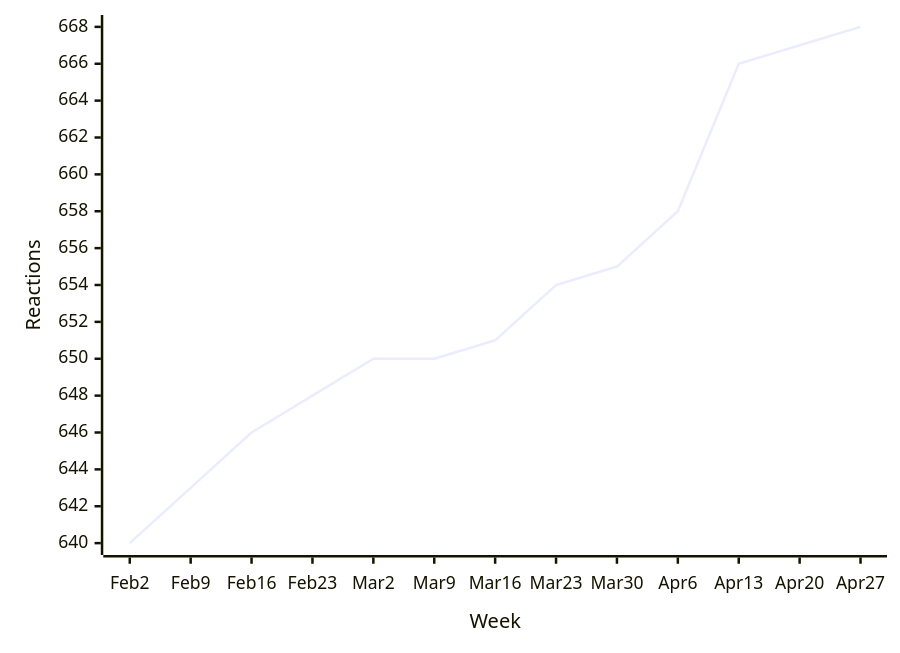
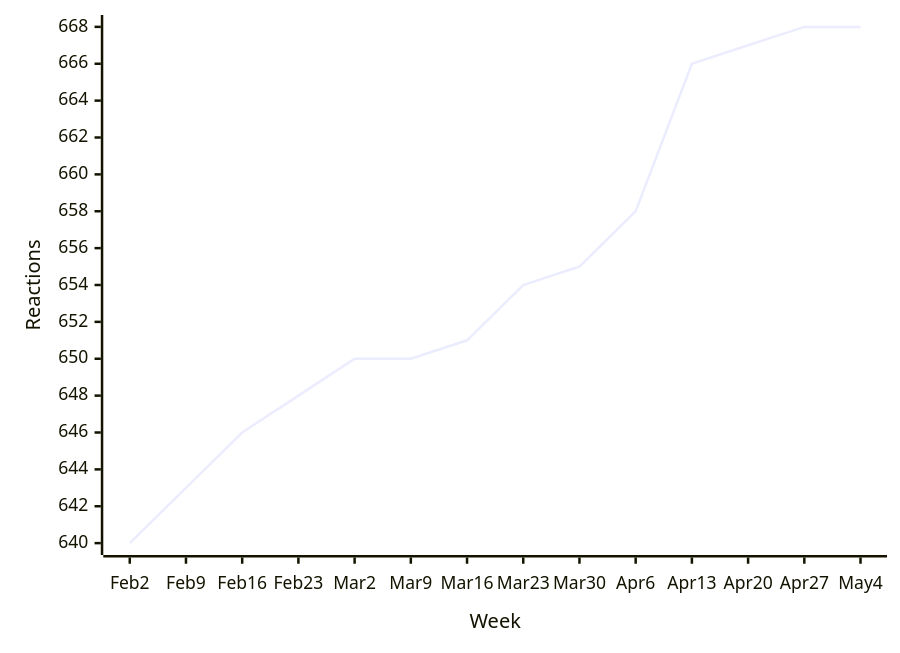
The fourth of 56 diagrams in README.md (loic-sharma/github-insights), drawn with Mermaid before and after one commit. The commit also changed other lines of this file and 3 other files, not shown here.

````diff
--- a/README.md
+++ b/README.md
@@ -390,6 +390,6 @@
   ```mermaid
   xychart-beta
-    x-axis "Week" [Feb 2, Feb 9, Feb 16, Feb 23, Mar 2, Mar 9, Mar 16, Mar 23, Mar 30, Apr 6, Apr 13, Apr 20, Apr 27]
+    x-axis "Week" [Feb 2, Feb 9, Feb 16, Feb 23, Mar 2, Mar 9, Mar 16, Mar 23, Mar 30, Apr 6, Apr 13, Apr 20, Apr 27, May 4]
     y-axis "Reactions"
-    line [640, 643, 646, 648, 650, 650, 651, 654, 655, 658, 666, 667, 668]
+    line [640, 643, 646, 648, 650, 650, 651, 654, 655, 658, 666, 667, 668, 668]
   ```
````
